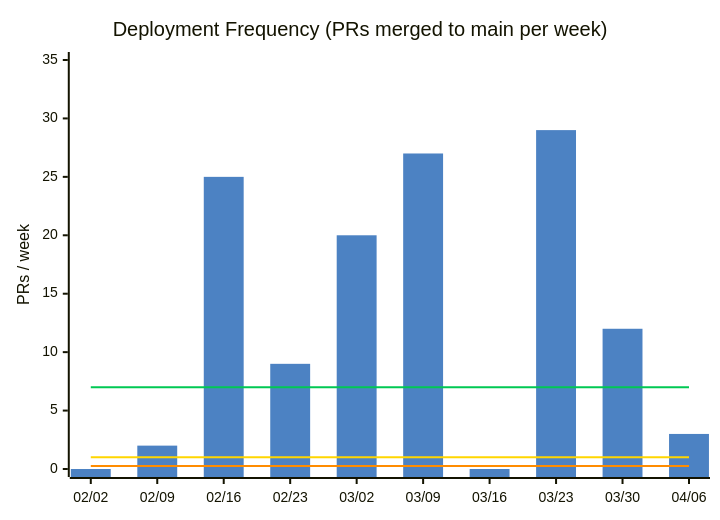
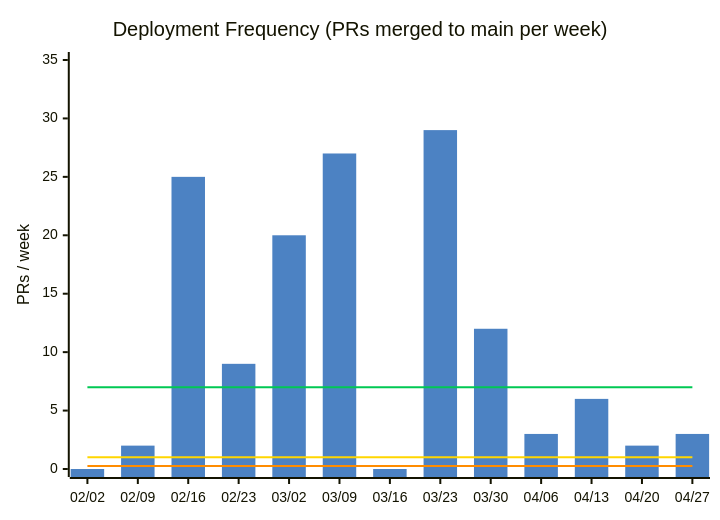
One commit to nablarch/nabledge-dev changed the first of 14 diagrams in docs/metrics.md. Above: the diagram before and after it, drawn with Mermaid. The commit also changed other lines of this file and 2 other files, not shown here.

````diff
--- a/docs/metrics.md
+++ b/docs/metrics.md
@@ -37,11 +37,11 @@
 ```mermaid
 %%{init: {'theme': 'base', 'themeVariables': {'xyChart': {'plotColorPalette': '#4C82C3,#00C853,#FFD600,#FF8C00'}}}}%%
 xychart-beta
   title "Deployment Frequency (PRs merged to main per week)"
-  x-axis ["02/02", "02/09", "02/16", "02/23", "03/02", "03/09", "03/16", "03/23", "03/30", "04/06"]
+  x-axis ["02/02", "02/09", "02/16", "02/23", "03/02", "03/09", "03/16", "03/23", "03/30", "04/06", "04/13", "04/20", "04/27"]
   y-axis "PRs / week" 0 --> 35
-  bar [0, 2, 25, 9, 20, 27, 0, 29, 12, 3]
-  line [7, 7, 7, 7, 7, 7, 7, 7, 7, 7]
-  line [1, 1, 1, 1, 1, 1, 1, 1, 1, 1]
-  line [0.25, 0.25, 0.25, 0.25, 0.25, 0.25, 0.25, 0.25, 0.25, 0.25]
+  bar [0, 2, 25, 9, 20, 27, 0, 29, 12, 3, 6, 2, 3]
+  line [7, 7, 7, 7, 7, 7, 7, 7, 7, 7, 7, 7, 7]
+  line [1, 1, 1, 1, 1, 1, 1, 1, 1, 1, 1, 1, 1]
+  line [0.25, 0.25, 0.25, 0.25, 0.25, 0.25, 0.25, 0.25, 0.25, 0.25, 0.25, 0.25, 0.25]
 ```
````
